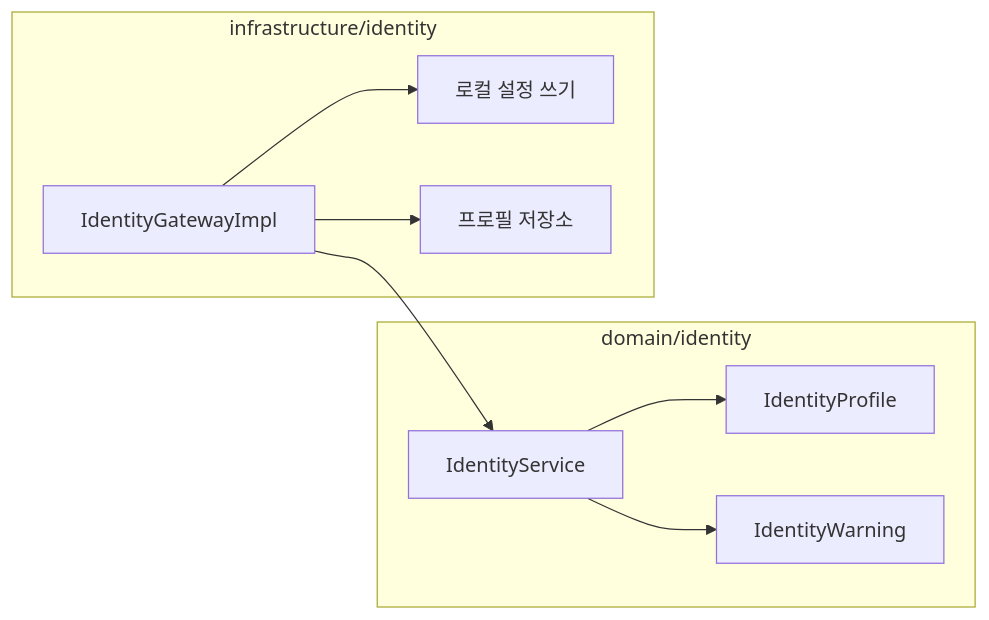
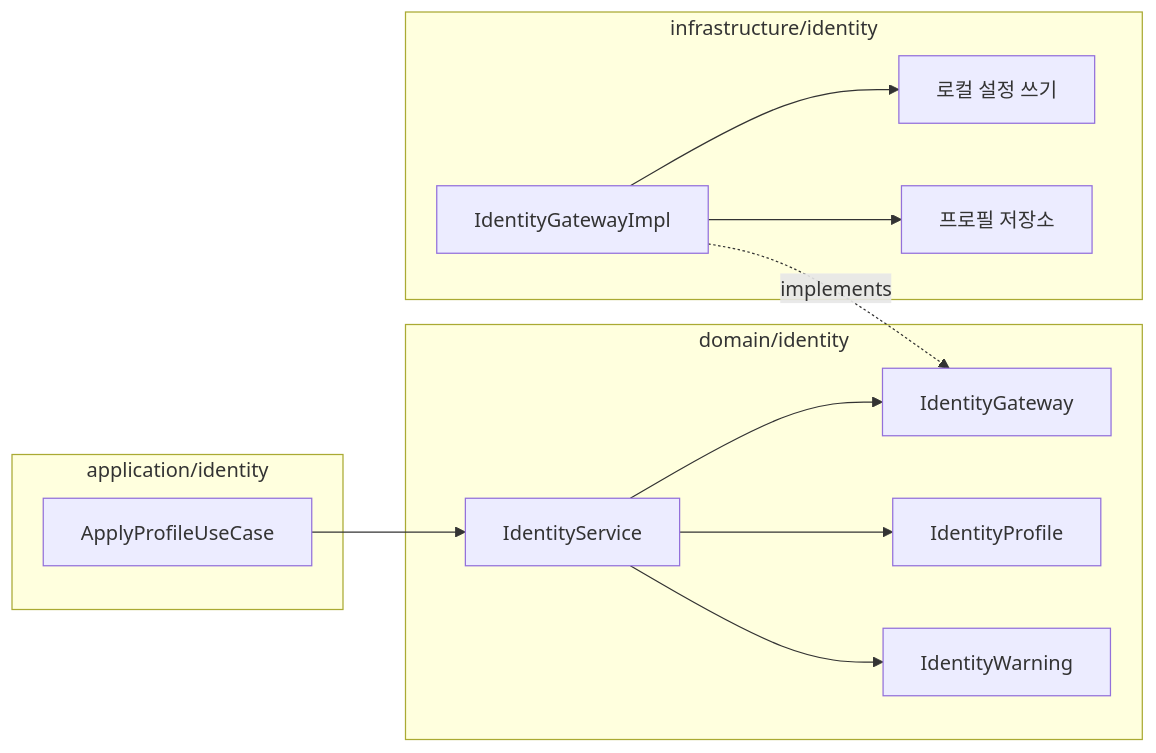
One commit to biuea3866/gitkraken-clone-app changed the second of 2 diagrams in tickets/UND-37-git-identity-profiles.md. Above: the diagram before and after it, drawn with Mermaid. The commit also changed other lines of this file and 26 other files, not shown here.

````diff
--- a/tickets/UND-37-git-identity-profiles.md
+++ b/tickets/UND-37-git-identity-profiles.md
@@ -47,18 +47,24 @@
 ```mermaid
 flowchart LR
     subgraph domain["domain/identity"]
+        Gateway[IdentityGateway]
         Svc[IdentityService]
         Profile[IdentityProfile]
         Warn[IdentityWarning]
+    end
+    subgraph app["application/identity"]
+        UC[ApplyProfileUseCase]
     end
     subgraph infra["infrastructure/identity"]
         Impl[IdentityGatewayImpl]
         Local[로컬 설정 쓰기]
         Store[프로필 저장소]
     end
+    UC --> Svc
+    Svc --> Gateway
     Svc --> Profile
     Svc --> Warn
-    Impl --> Svc
+    Impl -.->|implements| Gateway
     Impl --> Local
     Impl --> Store
 ```
````
